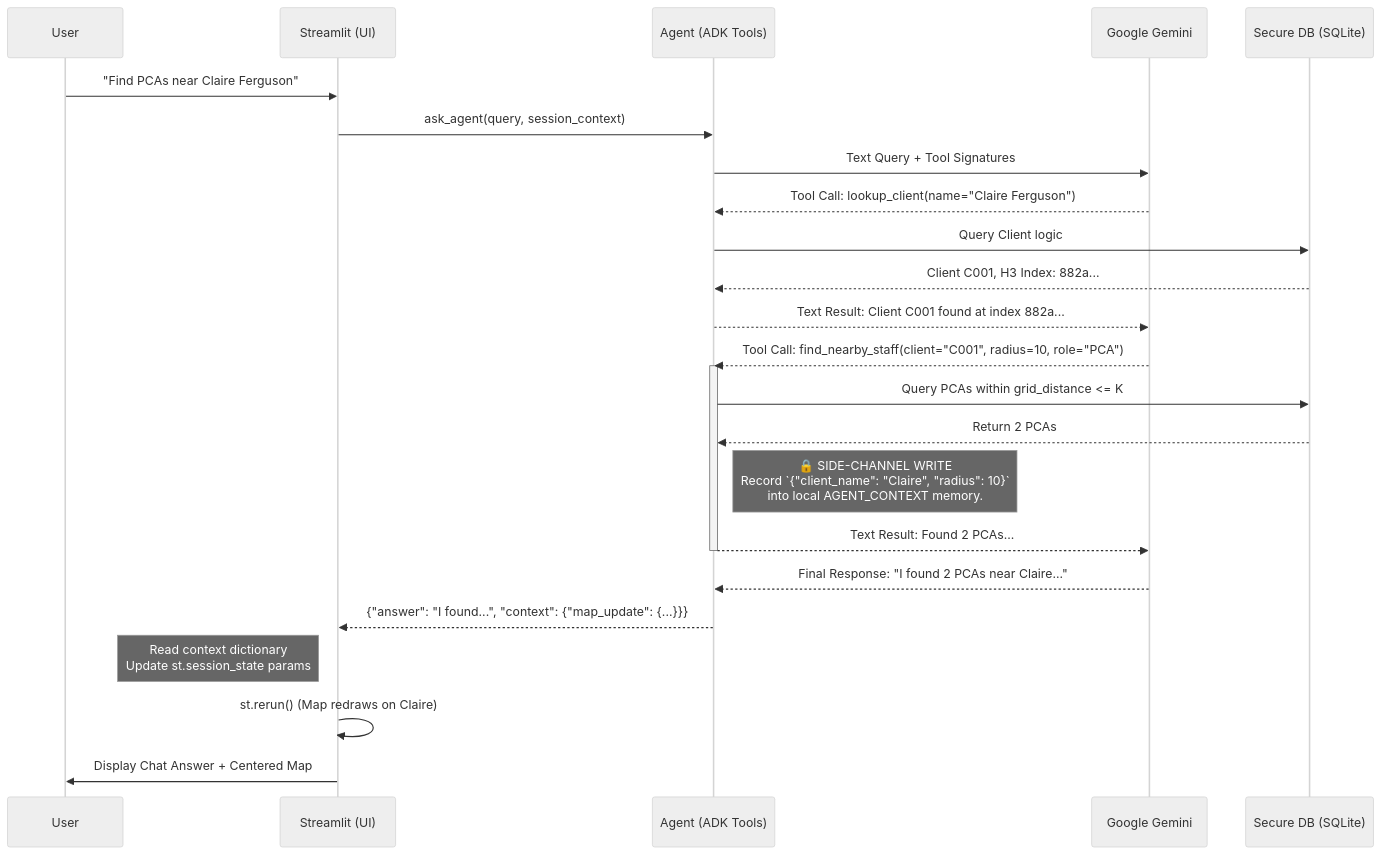
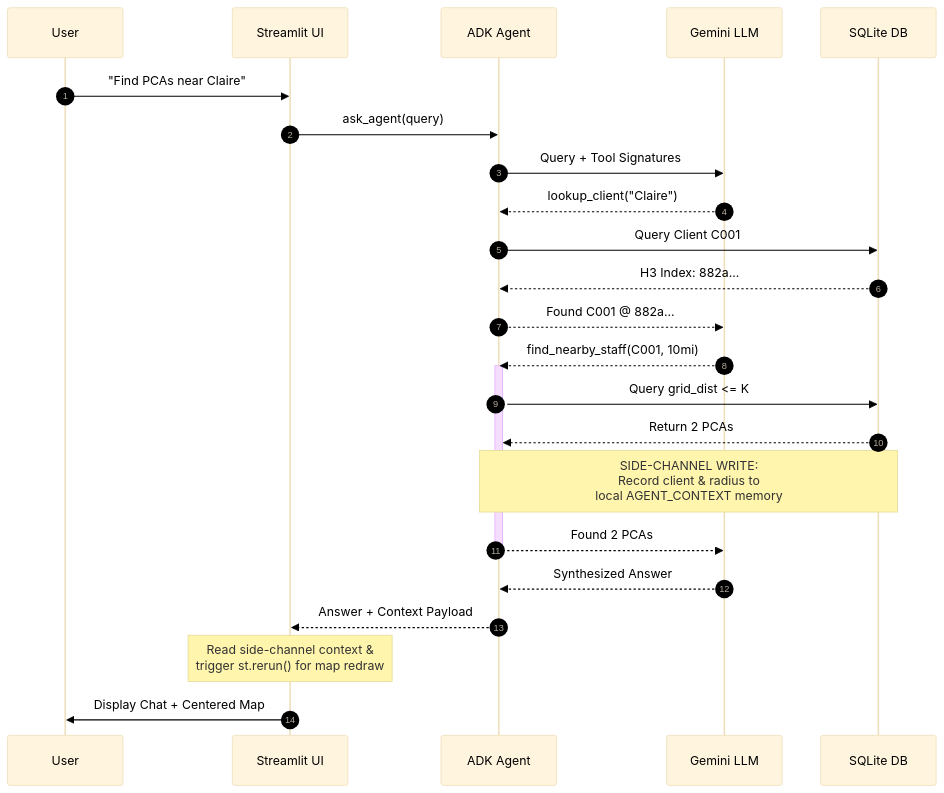
The second of 5 diagrams in workflows/architecture_workflows.md (the-write-path-code/ch07-proactive-event-driven-agents), drawn with Mermaid before and after one commit. The commit also changed other lines of this file and 1 other file, not shown here.

Commit message:
Optimize workflow diagrams for Wiley-IEEE production standards

````diff
--- a/workflows/architecture_workflows.md
+++ b/workflows/architecture_workflows.md
@@ -106,38 +96,32 @@
 ```mermaid
-%%{init: {"theme": "neutral", "themeVariables": {"fontFamily": "Arial, Helvetica, sans-serif", "fontSize": "11px", "actorFontSize": "11px", "noteFontSize": "10px", "messageFontSize": "10px"}}}%%
+%%{init: {"theme": "base", "themeVariables": {"fontFamily": "Arial, Helvetica, sans-serif", "fontSize": "32px", "actorFontSize": "34px", "noteFontSize": "28px", "messageFontSize": "32px", "primaryTextColor": "#000000", "lineColor": "#4B5563"}}}%%
 sequenceDiagram
+    autonumber
     participant User
-    participant UI as Streamlit (UI)
-    participant ADK as Agent (ADK Tools)
-    participant LLM as Google Gemini
-    participant DB as Secure DB (SQLite)
+    participant UI as Streamlit UI
+    participant ADK as ADK Agent
+    participant LLM as Gemini LLM
+    participant DB as SQLite DB
 
-    User->>UI: "Find PCAs near Claire Ferguson"
-    UI->>ADK: ask_agent(query, session_context)
+    User->>UI: "Find PCAs near Claire"
+    UI->>ADK: ask_agent(query)
+    ADK->>LLM: Query + Tool Signatures
 
-    ADK->>LLM: Text Query + Tool Signatures
+    LLM-->>ADK: lookup_client("Claire")
+    ADK->>DB: Query Client C001
+    DB-->>ADK: H3 Index: 882a...
+    ADK-->>LLM: Found C001 @ 882a...
 
-    LLM-->>ADK: Tool Call: lookup_client(name="Claire Ferguson")
-    ADK->>DB: Query Client logic
-    DB-->>ADK: Client C001, H3 Index: 882a...
-    ADK-->>LLM: Text Result: Client C001 found at index 882a...
-
-    LLM-->>ADK: Tool Call: find_nearby_staff(client="C001", radius=10, role="PCA")
-
+    LLM-->>ADK: find_nearby_staff(C001, 10mi)
     activate ADK
-    ADK->>DB: Query PCAs within grid_distance <= K
+    ADK->>DB: Query grid_dist <= K
     DB-->>ADK: Return 2 PCAs
-
-    note right of ADK: 🔒 SIDE-CHANNEL WRITE<br>Record `{"client_name": "Claire", "radius": 10}`<br>into local AGENT_CONTEXT memory.
-
-    ADK-->>LLM: Text Result: Found 2 PCAs...
+    Note over ADK,DB: SIDE-CHANNEL WRITE:<br/>Record client & radius to<br/>local AGENT_CONTEXT memory
+    ADK-->>LLM: Found 2 PCAs
     deactivate ADK
 
-    LLM-->>ADK: Final Response: "I found 2 PCAs near Claire..."
-
-    ADK-->>UI: {"answer": "I found...", "context": {"map_update": {...}}}
-
-    note left of UI: Read context dictionary<br>Update st.session_state params
-    UI->>UI: st.rerun() (Map redraws on Claire)
-    UI->>User: Display Chat Answer + Centered Map
+    LLM-->>ADK: Synthesized Answer
+    ADK-->>UI: Answer + Context Payload
+    Note over UI: Read side-channel context &<br/>trigger st.rerun() for map redraw
+    UI->>User: Display Chat + Centered Map
 ```
````
